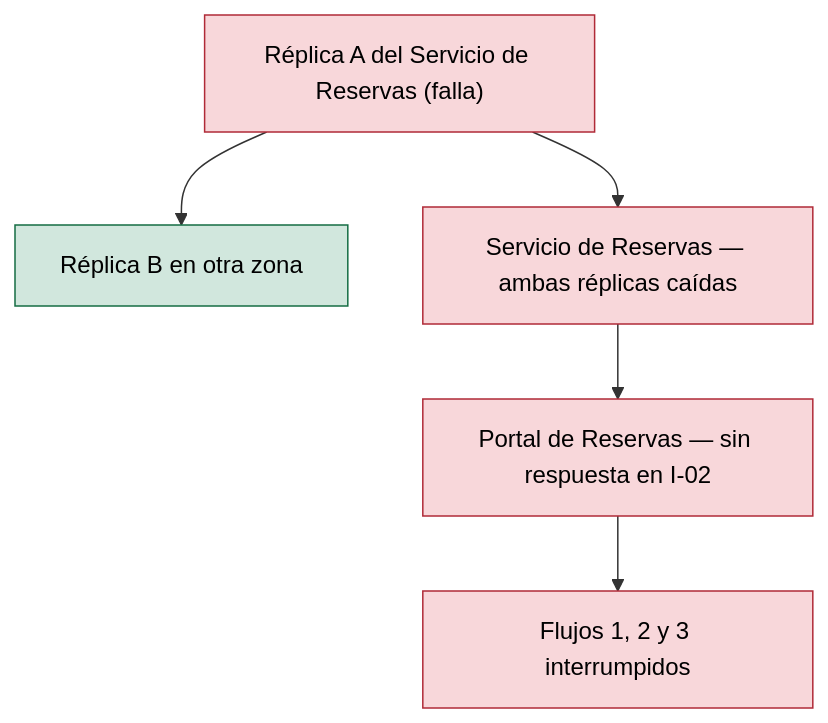
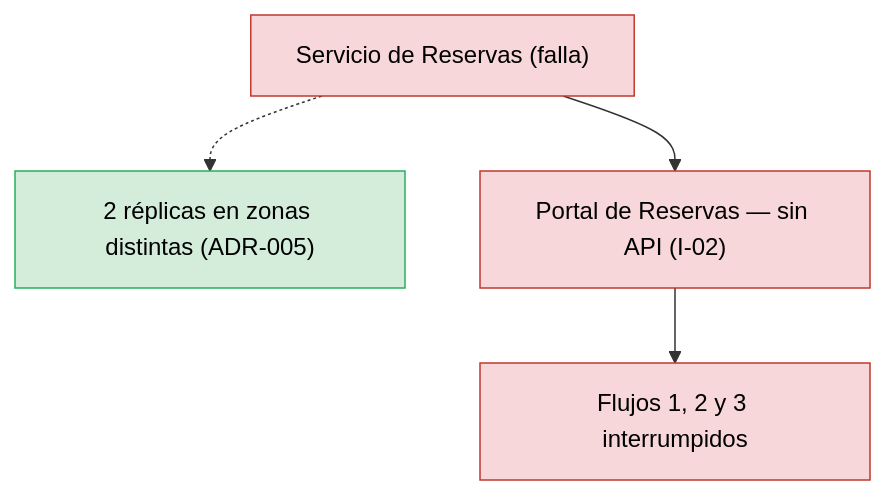
The third of 3 diagrams in analysis/BLAST-RADIUS-2026-11-03.md (shadowX4fox/northwind-reservas), drawn with Mermaid before and after one commit. The commit also changed other lines of this file and 7 other files, not shown here.

````diff
--- a/analysis/BLAST-RADIUS-2026-11-03.md
+++ b/analysis/BLAST-RADIUS-2026-11-03.md
@@ -77,14 +80,12 @@
 ```mermaid
 flowchart TB
-  R1["Réplica A del Servicio de Reservas (falla)"]:::cascading
-  R2["Réplica B en otra zona"]:::contained
-  SVC["Servicio de Reservas — ambas réplicas caídas"]:::cascading
-  PORTAL["Portal de Reservas — sin respuesta en I-02"]:::cascading
-  F["Flujos 1, 2 y 3 interrumpidos"]:::cascading
-  R1 --> R2
-  R1 --> SVC
-  SVC --> PORTAL
-  PORTAL --> F
-  classDef cascading fill:#f8d7da,stroke:#b02a37,color:#000
-  classDef contained fill:#d1e7dd,stroke:#146c43,color:#000
+    SVC["Servicio de Reservas (falla)"]:::cascading
+    REP["2 réplicas en zonas distintas (ADR-005)"]:::contained
+    PORTAL["Portal de Reservas — sin API (I-02)"]:::cascading
+    F["Flujos 1, 2 y 3 interrumpidos"]:::cascading
+    SVC -.-> REP
+    SVC --> PORTAL
+    PORTAL --> F
+    classDef cascading fill:#f8d7da,stroke:#c0392b,color:#000
+    classDef contained fill:#d4edda,stroke:#27ae60,color:#000
 ```
````
